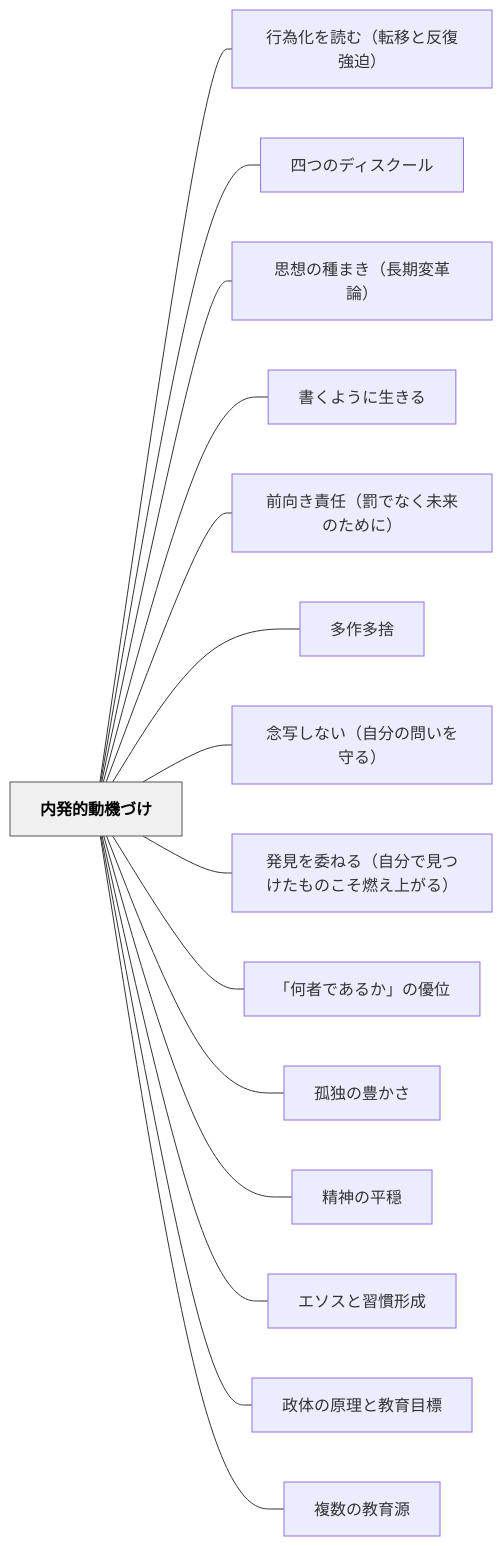
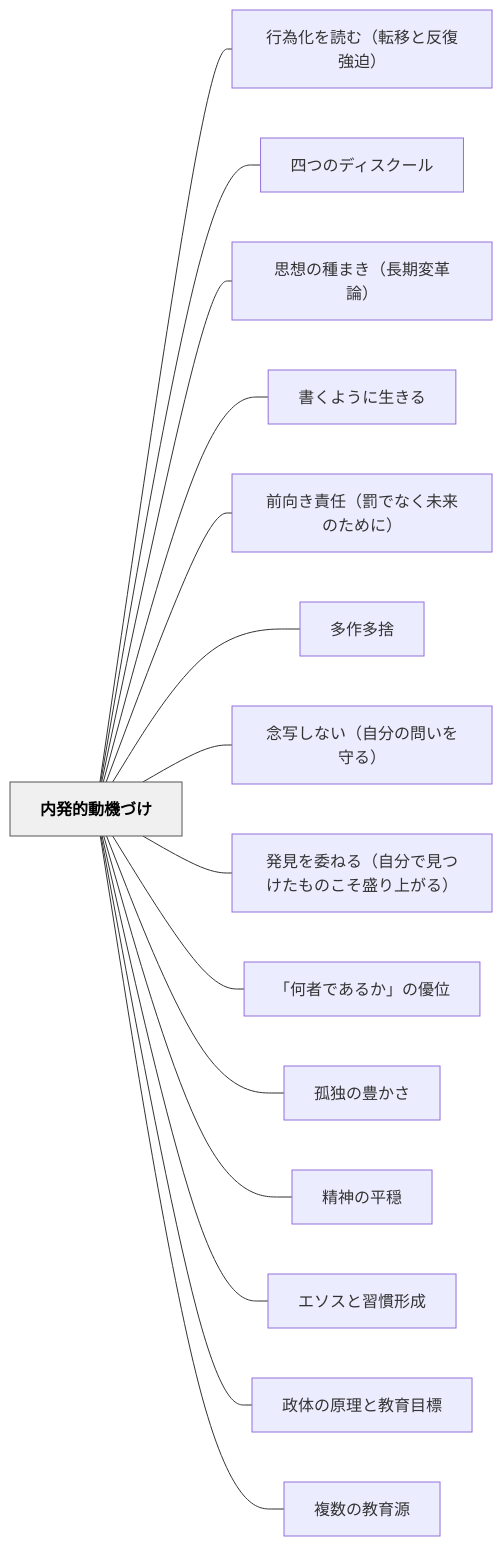
Before and after one commit to unknownthings-ed-patterns/unknownthings-ed-patterns: the diagram in content/パタン/内発的動機づけ.md, drawn with Mermaid. The commit also changed other lines of this file and 36 other files, not shown here.

````diff
--- a/content/パタン/内発的動機づけ.md
+++ b/content/パタン/内発的動機づけ.md
@@ -519,36 +519,36 @@
 ```mermaid
 flowchart LR
     ne58685e799bae79a84e58b95e6a99fe381a5e38191["内発的動機づけ"]
     ne8a18ce782bae58c96e38292e8aaade38280efbc88e8bba2e7a7bbe381a8e58f8de5bea9e5bcb7e8bfabefbc89["行為化を読む（転移と反復強迫）"]
     ne59b9be381a4e381aee38387e382a3e382b9e382afe383bce383ab["四つのディスクール"]
     ne6809de683b3e381aee7a8aee381bee3818defbc88e995b7e69c9fe5a489e99da9e8ab96efbc89["思想の種まき（長期変革論）"]
     ne69bb8e3818fe38288e38186e381abe7949fe3818de3828b["書くように生きる"]
     ne5898de59091e3818de8b2ace4bbbbefbc88e7bdb0e381a7e381aae3818fe69caae69da5e381aee3819fe38281e381abefbc89["前向き責任（罰でなく未来のために）"]
     ne5a49ae4bd9ce5a49ae68da8["多作多捨"]
     ne5bfb5e58699e38197e381aae38184efbc88e887aae58886e381aee5958fe38184e38292e5ae88e3828befbc89["念写しない（自分の問いを守る）"]
-    ne799bae8a68be38292e5a794e381ade3828befbc88e887aae58886e381a7e8a68be381a4e38191e3819fe38282e381aee38193e3819de78783e38188e4b88ae3818ce3828befbc89["発見を委ねる（自分で見つけたものこそ燃え上がる）"]
+    ne799bae8a68be38292e5a794e381ade3828befbc88e887aae58886e381a7e8a68be381a4e38191e3819fe38282e381aee38193e3819de79b9be3828ae4b88ae3818ce3828befbc89["発見を委ねる（自分で見つけたものこそ盛り上がる）"]
     ne3808ce4bd95e88085e381a7e38182e3828be3818be3808de381aee584aae4bd8d["「何者であるか」の優位"]
     ne5ada4e78bace381aee8b18ae3818be38195["孤独の豊かさ"]
     ne7b2bee7a59ee381aee5b9b3e7a98f["精神の平穏"]
     ne382a8e382bde382b9e381a8e7bf92e685a3e5bda2e68890["エソスと習慣形成"]
     ne694bfe4bd93e381aee58e9fe79086e381a8e69599e882b2e79baee6a899["政体の原理と教育目標"]
     ne8a487e695b0e381aee69599e882b2e6ba90["複数の教育源"]
 
     ne58685e799bae79a84e58b95e6a99fe381a5e38191 --- ne8a18ce782bae58c96e38292e8aaade38280efbc88e8bba2e7a7bbe381a8e58f8de5bea9e5bcb7e8bfabefbc89
     ne58685e799bae79a84e58b95e6a99fe381a5e38191 --- ne59b9be381a4e381aee38387e382a3e382b9e382afe383bce383ab
     ne58685e799bae79a84e58b95e6a99fe381a5e38191 --- ne6809de683b3e381aee7a8aee381bee3818defbc88e995b7e69c9fe5a489e99da9e8ab96efbc89
     ne58685e799bae79a84e58b95e6a99fe381a5e38191 --- ne69bb8e3818fe38288e38186e381abe7949fe3818de3828b
     ne58685e799bae79a84e58b95e6a99fe381a5e38191 --- ne5898de59091e3818de8b2ace4bbbbefbc88e7bdb0e381a7e381aae3818fe69caae69da5e381aee3819fe38281e381abefbc89
     ne58685e799bae79a84e58b95e6a99fe381a5e38191 --- ne5a49ae4bd9ce5a49ae68da8
     ne58685e799bae79a84e58b95e6a99fe381a5e38191 --- ne5bfb5e58699e38197e381aae38184efbc88e887aae58886e381aee5958fe38184e38292e5ae88e3828befbc89
-    ne58685e799bae79a84e58b95e6a99fe381a5e38191 --- ne799bae8a68be38292e5a794e381ade3828befbc88e887aae58886e381a7e8a68be381a4e38191e3819fe38282e381aee38193e3819de78783e38188e4b88ae3818ce3828befbc89
+    ne58685e799bae79a84e58b95e6a99fe381a5e38191 --- ne799bae8a68be38292e5a794e381ade3828befbc88e887aae58886e381a7e8a68be381a4e38191e3819fe38282e381aee38193e3819de79b9be3828ae4b88ae3818ce3828befbc89
     ne58685e799bae79a84e58b95e6a99fe381a5e38191 --- ne3808ce4bd95e88085e381a7e38182e3828be3818be3808de381aee584aae4bd8d
     ne58685e799bae79a84e58b95e6a99fe381a5e38191 --- ne5ada4e78bace381aee8b18ae3818be38195
     ne58685e799bae79a84e58b95e6a99fe381a5e38191 --- ne7b2bee7a59ee381aee5b9b3e7a98f
     ne58685e799bae79a84e58b95e6a99fe381a5e38191 --- ne382a8e382bde382b9e381a8e7bf92e685a3e5bda2e68890
     ne58685e799bae79a84e58b95e6a99fe381a5e38191 --- ne694bfe4bd93e381aee58e9fe79086e381a8e69599e882b2e79baee6a899
     ne58685e799bae79a84e58b95e6a99fe381a5e38191 --- ne8a487e695b0e381aee69599e882b2e6ba90
 
     classDef hub fill:#f0f0f0,stroke:#555,color:#000,font-weight:bold
     class ne58685e799bae79a84e58b95e6a99fe381a5e38191 hub
 ```
````
